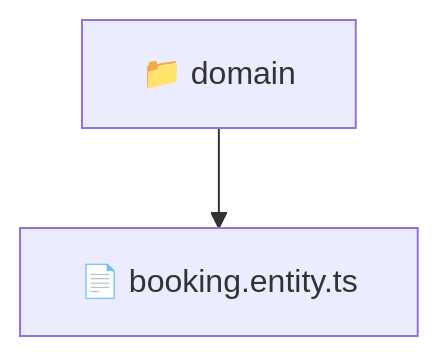
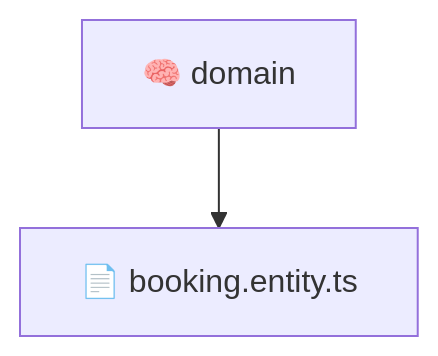
One commit to beginwebdev2002/fullstack-mavluda changed the diagram in backend/src/modules/booking/domain/README.md. Above: the diagram before and after it, drawn with Mermaid. The commit also changed other lines of this file and 165 other files, not shown here.

First line of the commit message:
docs: generate localized architectural READMEs

````diff
--- a/backend/src/modules/booking/domain/README.md
+++ b/backend/src/modules/booking/domain/README.md
@@ -10,5 +9,5 @@
 ```mermaid
 graph TD
-  Root["📁 domain"]
-  Root --> bookingentityts["📄 booking.entity.ts"]
+  domain["🧠 domain"]
+  domain --> booking_entity_ts["📄 booking.entity.ts"]
 ```
````
